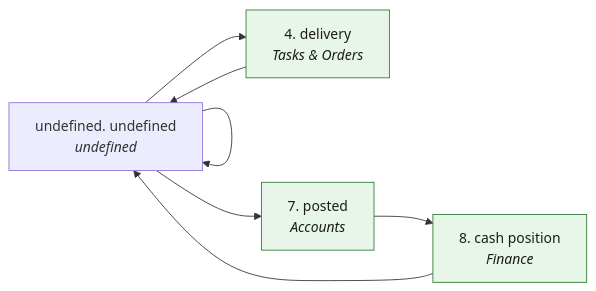
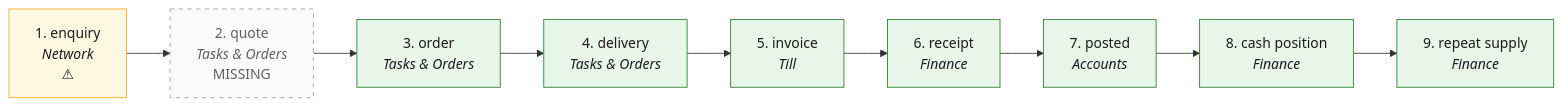
One commit to maharishia07/chitbridge-web changed the diagram in docs/process/O2C.md. Above: the diagram before and after it, drawn with Mermaid. The commit also changed other lines of this file and 451 other files, not shown here.

````diff
--- a/docs/process/O2C.md
+++ b/docs/process/O2C.md
@@ -7,23 +7,19 @@
 ```mermaid
 flowchart LR
-  Sundefined["undefined. undefined<br/><i>undefined</i>"]
-  Sundefined["undefined. undefined<br/><i>undefined</i>"]
-  Sundefined["undefined. undefined<br/><i>undefined</i>"]
+  S1["1. enquiry<br/><i>Network</i><br/>⚠"]
+  S2["2. quote<br/><i>Tasks & Orders</i><br/>MISSING"]
+  S3["3. order<br/><i>Tasks & Orders</i>"]
   S4["4. delivery<br/><i>Tasks & Orders</i>"]
-  Sundefined["undefined. undefined<br/><i>undefined</i>"]
-  Sundefined["undefined. undefined<br/><i>undefined</i>"]
-  Sundefined["undefined. undefined<br/><i>undefined</i>"]
+  S5["5. invoice<br/><i>Till</i>"]
+  S6["6. receipt<br/><i>Finance</i>"]
   S7["7. posted<br/><i>Accounts</i>"]
   S8["8. cash position<br/><i>Finance</i>"]
-  Sundefined["undefined. undefined<br/><i>undefined</i>"]
-  Sundefined["undefined. undefined<br/><i>undefined</i>"]
-  Sundefined["undefined. undefined<br/><i>undefined</i>"]
-  Sundefined["undefined. undefined<br/><i>undefined</i>"]
-  Sundefined["undefined. undefined<br/><i>undefined</i>"]
-  Sundefined["undefined. undefined<br/><i>undefined</i>"]
-  Sundefined --> Sundefined --> Sundefined --> S4 --> Sundefined --> Sundefined --> Sundefined --> S7 --> S8 --> Sundefined --> Sundefined --> Sundefined --> Sundefined --> Sundefined --> Sundefined
+  S9["9. repeat supply<br/><i>Finance</i>"]
+  S1 --> S2 --> S3 --> S4 --> S5 --> S6 --> S7 --> S8 --> S9
   classDef ok fill:#e8f5e9,stroke:#2e7d32,color:#1b1b1b
   classDef warn fill:#fff8e1,stroke:#f9a825,color:#1b1b1b
   classDef missing fill:#fafafa,stroke:#9e9e9e,stroke-dasharray:5 5,color:#616161
-  class S4,S7,S8 ok
+  class S3,S4,S5,S6,S7,S8,S9 ok
+  class S1 warn
+  class S2 missing
 ```
````
